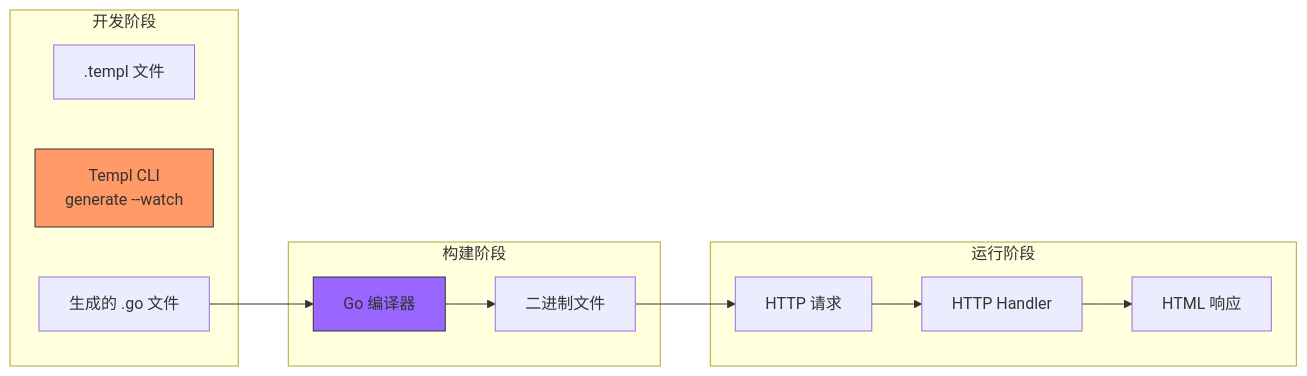
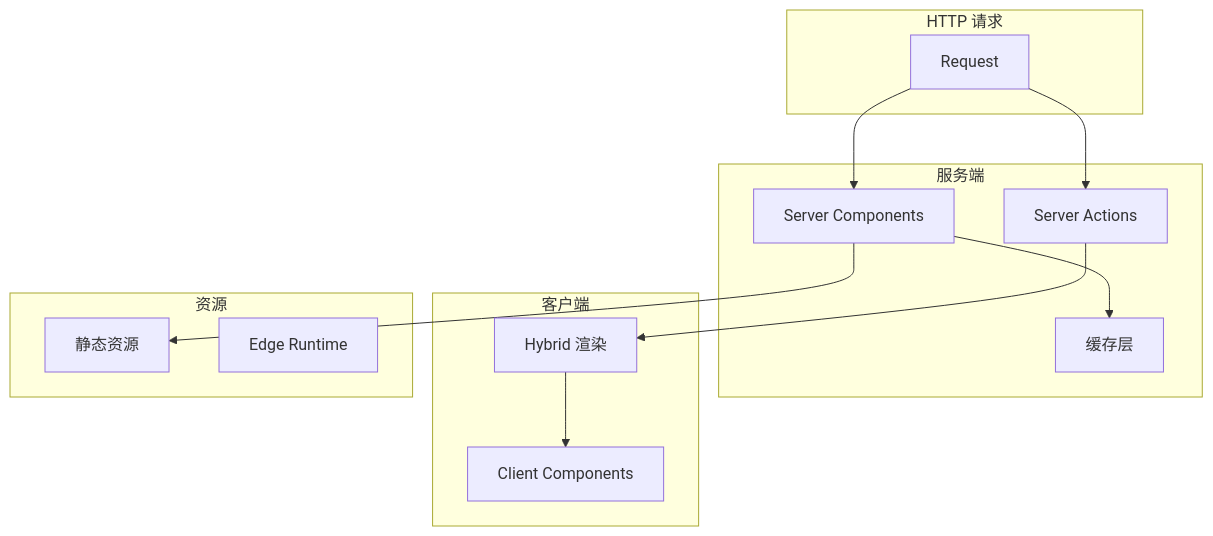
Before and after one commit to Shyu-x/frontend-interview: the fifth of 21 diagrams in docs/open-source/trending.md, drawn with Mermaid. The commit also changed other lines of this file, not shown here.

````diff
--- a/docs/open-source/trending.md
+++ b/docs/open-source/trending.md
@@ -758,22 +746,27 @@
 ```mermaid
-flowchart LR
-    subgraph 开发阶段["开发阶段"]
-        T1[.templ 文件]
-        TEMPL[Templ CLI<br/>generate --watch]
-        G1[生成的 .go 文件]
+flowchart TB
+    subgraph 请求["HTTP 请求"]
+        R[Request]
     end
 
-    subgraph 构建阶段["构建阶段"]
-        G1 --> COMP[Go 编译器]
-        COMP --> BINARY[二进制文件]
+    subgraph 服务端["服务端"]
+        SSR[Server Components]
+        ACT[Server Actions]
+        CACHE[缓存层]
     end
 
-    subgraph 运行阶段["运行阶段"]
-        BINARY --> REQ[HTTP 请求]
-        REQ --> HANDLER[HTTP Handler]
-        HANDLER --> RESP[HTML 响应]
+    subgraph 客户端["客户端"]
+        CSR[Client Components]
+        HY[Hybrid 渲染]
     end
 
-    style TEMPL fill:#f96,stroke:#333
-    style COMP fill:#96f,stroke:#333
+    subgraph 资源["资源"]
+        STATIC[静态资源]
+        EDGE[Edge Runtime]
+    end
+
+    R --> SSR & ACT
+    SSR --> CACHE & STATIC
+    ACT --> HY
+    HY --> CSR
 ```
````
